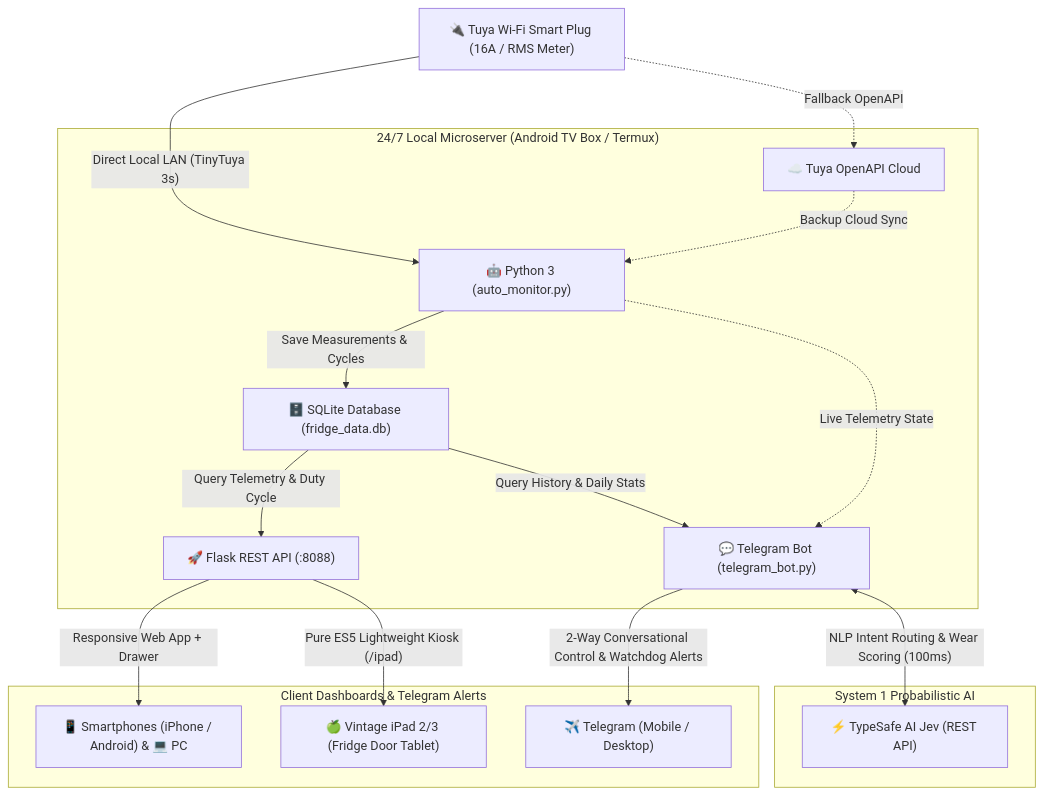
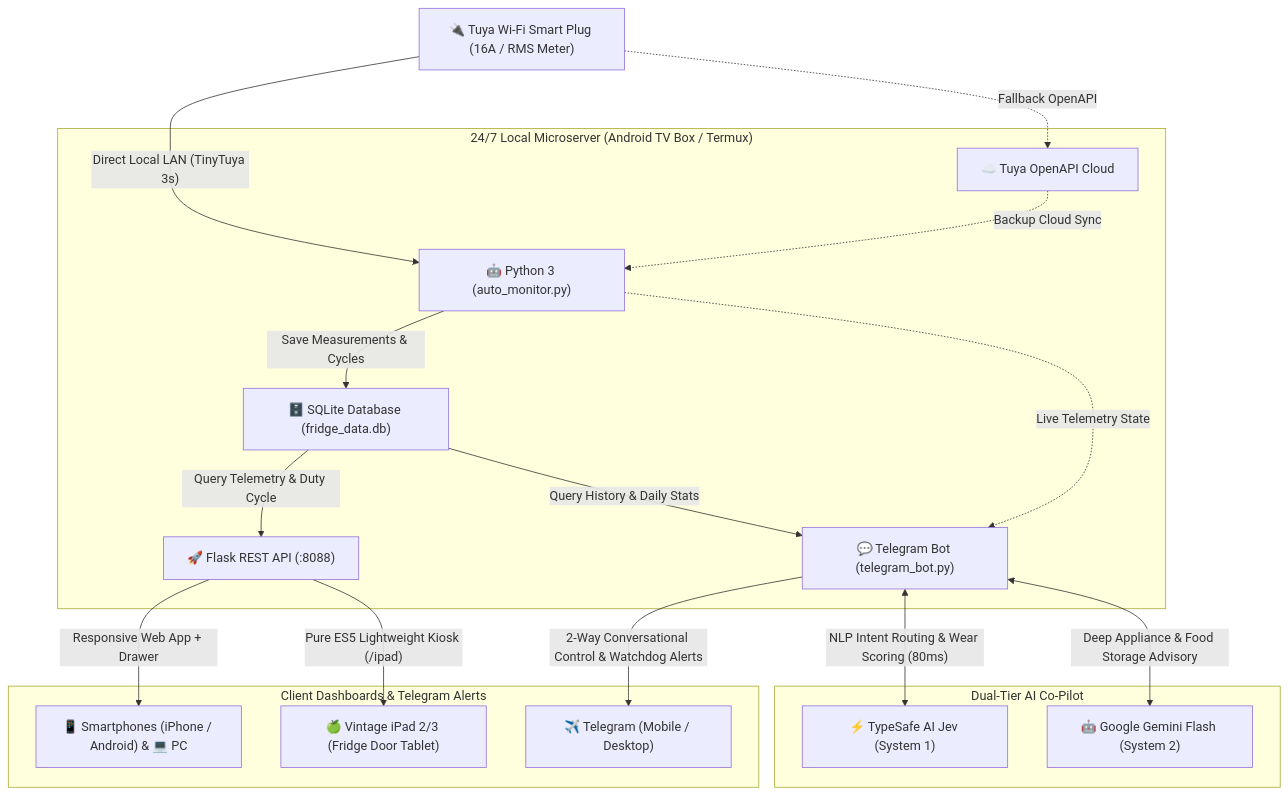
The diagram in README.md (ALEVOLDON/SmartFridge-Telemetry-Kiosk), drawn with Mermaid before and after one commit. The commit also changed other lines of this file, not shown here.

Commit message:
docs(readme): document Google Gemini Flash integration and dual-tier AI ecosystem

````diff
--- a/README.md
+++ b/README.md
@@ -48,29 +51,31 @@
 ```mermaid
 graph TD
     A["🔌 Tuya Wi-Fi Smart Plug (16A / RMS Meter)"] -->|"Direct Local LAN (TinyTuya 3s)"| C
     A -.->|"Fallback OpenAPI"| B["☁️ Tuya OpenAPI Cloud"]
     
     subgraph "24/7 Local Microserver (Android TV Box / Termux)"
         C["🤖 Python 3 (auto_monitor.py)"]
         D["🗄️ SQLite Database (fridge_data.db)"]
         E["🚀 Flask REST API (:8088)"]
         H["💬 Telegram Bot (telegram_bot.py)"]
         
         B -.->|"Backup Cloud Sync"| C
         C -->|"Save Measurements & Cycles"| D
         D -->|"Query Telemetry & Duty Cycle"| E
         D -->|"Query History & Daily Stats"| H
         C -.->|"Live Telemetry State"| H
     end
 
-    subgraph "System 1 Probabilistic AI"
-        I["⚡ TypeSafe AI Jev (REST API)"]
-        H <-->|"NLP Intent Routing & Wear Scoring (100ms)"| I
+    subgraph "Dual-Tier AI Co-Pilot"
+        I["⚡ TypeSafe AI Jev (System 1)"]
+        K["🤖 Google Gemini Flash (System 2)"]
+        H <-->|"NLP Intent Routing & Wear Scoring (80ms)"| I
+        H <-->|"Deep Appliance & Food Storage Advisory"| K
     end
     
     subgraph "Client Dashboards & Telegram Alerts"
         E -->|"Responsive Web App + Drawer"| F["📱 Smartphones (iPhone / Android) & 💻 PC"]
         E -->|"Pure ES5 Lightweight Kiosk (/ipad)"| G["🍏 Vintage iPad 2/3 (Fridge Door Tablet)"]
         H -->|"2-Way Conversational Control & Watchdog Alerts"| J["✈️ Telegram (Mobile / Desktop)"]
     end
 ```
````
